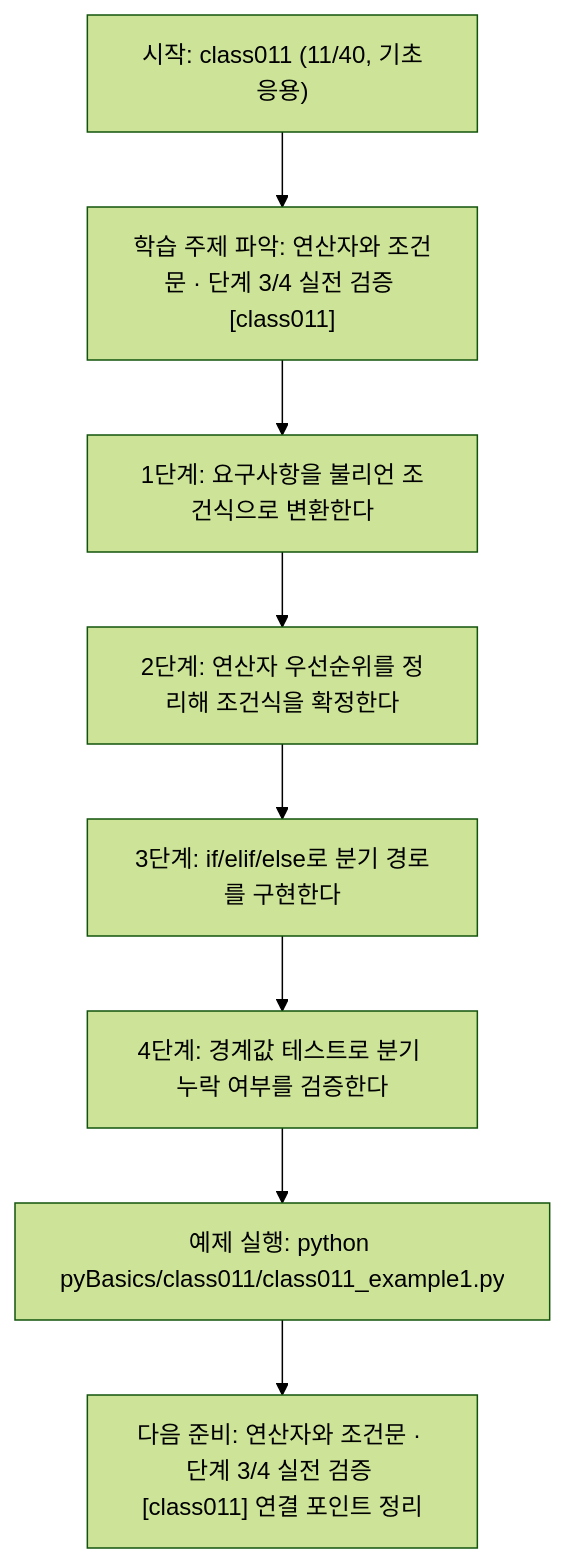
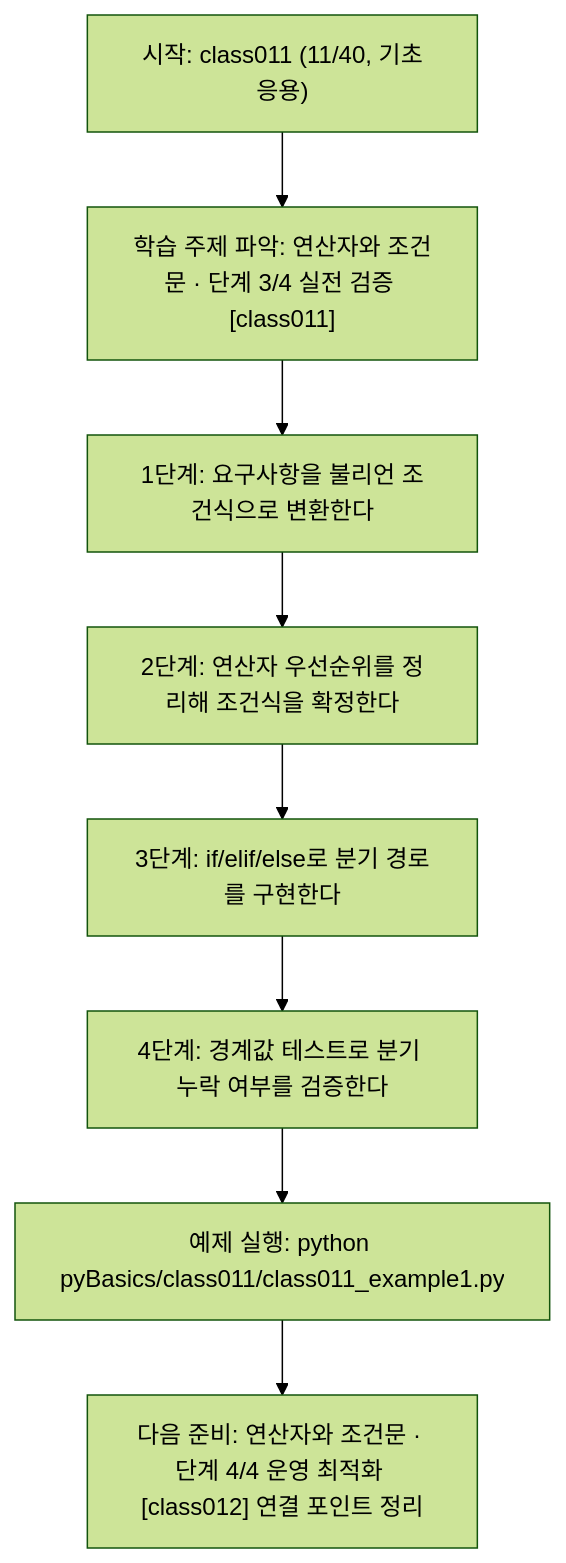
The diagram in pyBasics/class011/class011.md (edumgt/Python-AI_Agent-Class), drawn with Mermaid (forest theme) before and after one commit. The commit also changed other lines of this file and 2370 other files, not shown here.

````diff
--- a/pyBasics/class011/class011.md
+++ b/pyBasics/class011/class011.md
@@ -109,18 +91,18 @@
 ```mermaid
 flowchart TD
 N1["시작: class011 (11/40, 기초응용)"]
 N2["학습 주제 파악: 연산자와 조건문 · 단계 3/4 실전 검증 [class011]"]
 N3["1단계: 요구사항을 불리언 조건식으로 변환한다"]
 N4["2단계: 연산자 우선순위를 정리해 조건식을 확정한다"]
 N5["3단계: if/elif/else로 분기 경로를 구현한다"]
 N6["4단계: 경계값 테스트로 분기 누락 여부를 검증한다"]
 N7["예제 실행: python pyBasics/class011/class011_example1.py"]
-N8["다음 준비: 연산자와 조건문 · 단계 3/4 실전 검증 [class011] 연결 포인트 정리"]
+N8["다음 준비: 연산자와 조건문 · 단계 4/4 운영 최적화 [class012] 연결 포인트 정리"]
 N1 --> N2
 N2 --> N3
 N3 --> N4
 N4 --> N5
 N5 --> N6
 N6 --> N7
 N7 --> N8
 ```
````
